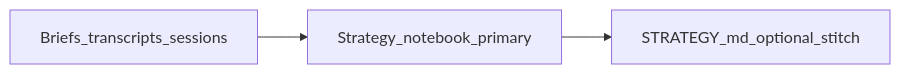
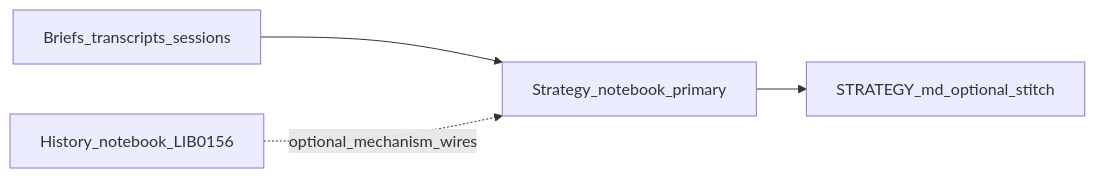
Before and after one commit to rbtkhn/grace-mar: the first of 2 diagrams in docs/skill-work/work-strategy/strategy-notebook/STRATEGY-NOTEBOOK-ARCHITECTURE.md, drawn with Mermaid. The commit also changed other lines of this file and 5 other files, not shown here.

````diff
--- a/docs/skill-work/work-strategy/strategy-notebook/STRATEGY-NOTEBOOK-ARCHITECTURE.md
+++ b/docs/skill-work/work-strategy/strategy-notebook/STRATEGY-NOTEBOOK-ARCHITECTURE.md
@@ -15,8 +17,10 @@
 ```mermaid
 flowchart LR
   inputs[Briefs_transcripts_sessions]
+  hn[History_notebook_LIB0156]
   nb[Strategy_notebook_primary]
   st[STRATEGY_md_optional_stitch]
   inputs --> nb
+  hn -.->|optional_mechanism_wires| nb
   nb --> st
 ```
````
